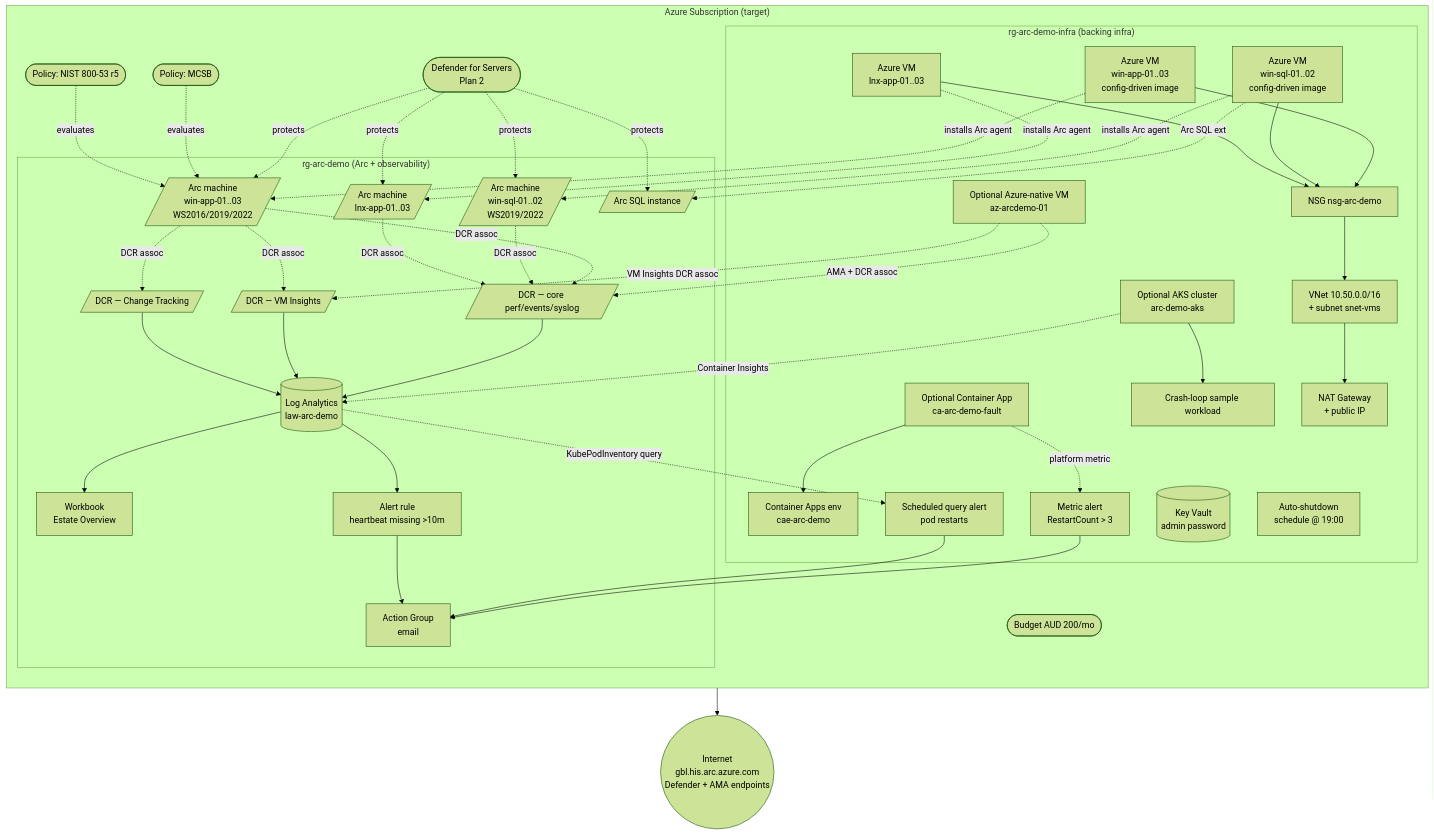
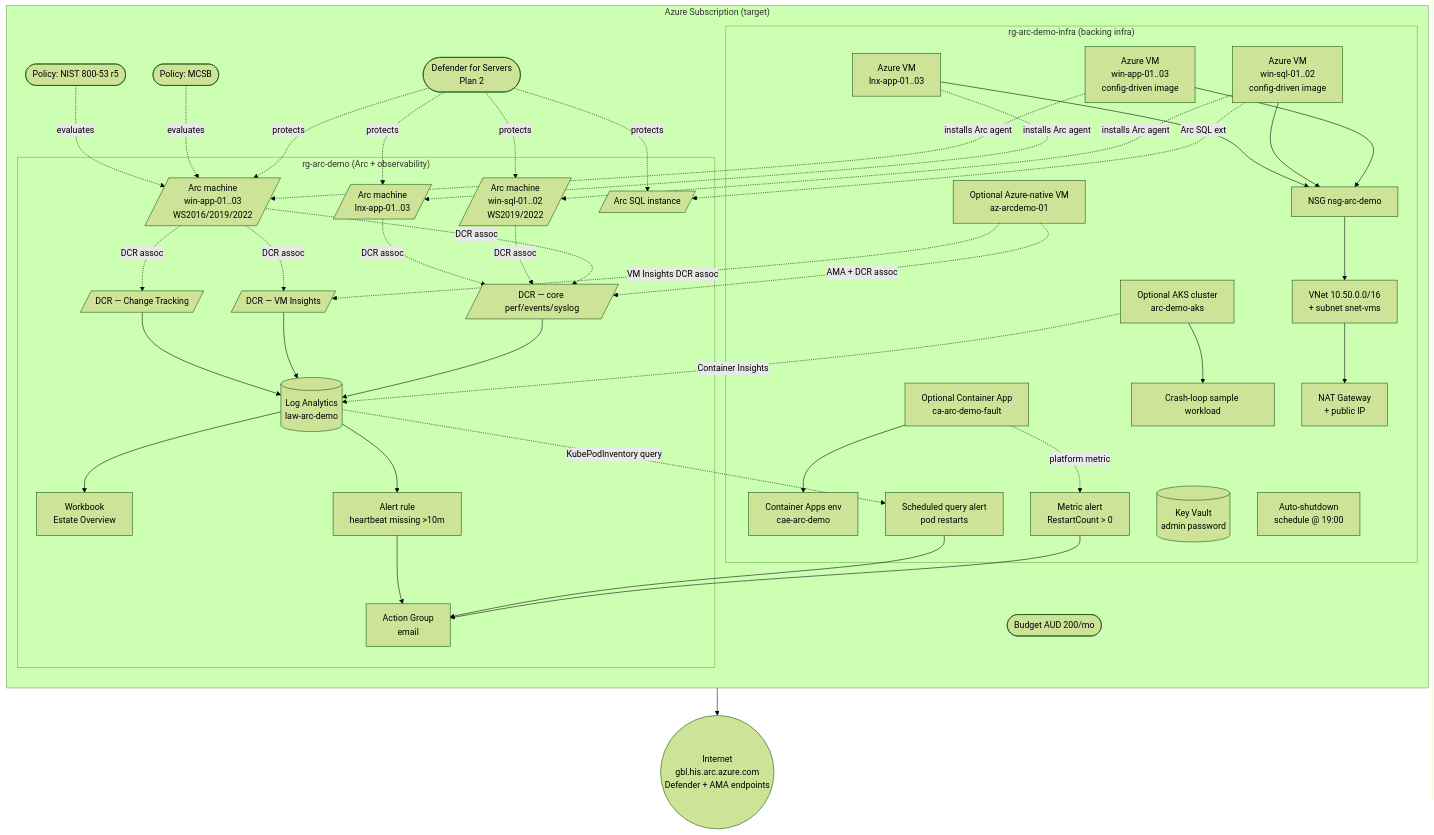
The diagram in docs/architecture.md (corey-skapin/arc-demo), drawn with Mermaid (forest theme) before and after one commit. The commit also changed 2 other files, not shown here.

Commit message:
Lower Container App restart alert threshold
Set the demo RestartCount alert default to >0 because Container Apps may only restart the faulted revision once per evaluation window. This makes the T09 fault scenario deterministic.

```diff
--- a/docs/architecture.md
+++ b/docs/architecture.md
@@ -34,7 +34,7 @@
             NATIVEVM[Optional Azure-native VM<br/>az-arcdemo-01]
             CA[Optional Container App<br/>ca-arc-demo-fault]
             CAE[Container Apps env<br/>cae-arc-demo]
-            CAR[Metric alert<br/>RestartCount > 3]
+            CAR[Metric alert<br/>RestartCount > 0]
             AKS[Optional AKS cluster<br/>arc-demo-aks]
             AKSW[Crash-loop sample workload]
             AKSA[Scheduled query alert<br/>pod restarts]
```
